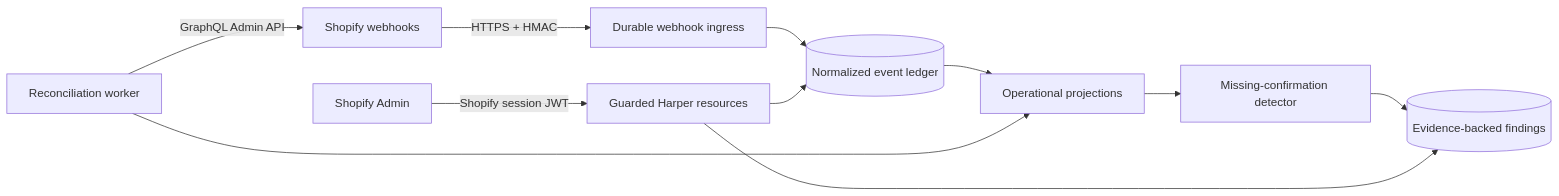
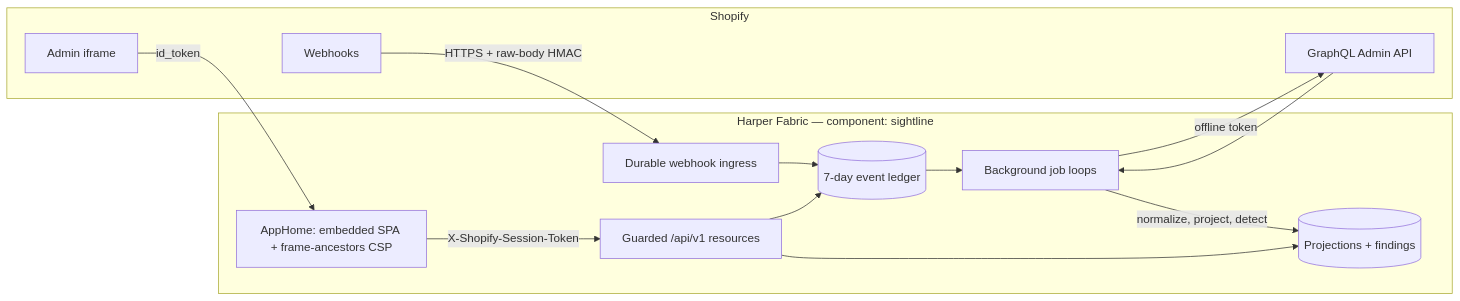
The diagram in README.md (HarperFast/harper-sightline), drawn with Mermaid before and after one commit. The commit also changed other lines of this file and 31 other files, not shown here.

````diff
--- a/README.md
+++ b/README.md
@@ -50,13 +61,26 @@
 ```mermaid
 flowchart LR
-    Admin[Shopify Admin] -->|Shopify session JWT| API[Guarded Harper resources]
-    Shopify[Shopify webhooks] -->|HTTPS + HMAC| Ingress[Durable webhook ingress]
-    Ingress --> Events[(Normalized event ledger)]
-    Events --> Projection[Operational projections]
-    Projection --> Detector[Missing-confirmation detector]
-    Detector --> Findings[(Evidence-backed findings)]
-    Reconcile[Reconciliation worker] -->|GraphQL Admin API| Shopify
-    Reconcile --> Projection
-    API --> Events
-    API --> Findings
+    subgraph shopify[Shopify]
+        Admin[Admin iframe]
+        Hooks[Webhooks]
+        AdminAPI[GraphQL Admin API]
+    end
+    subgraph harper["Harper Fabric — component: sightline"]
+        SPA["AppHome: embedded SPA + frame-ancestors CSP"]
+        API["Guarded /api/v1 resources"]
+        Ingress["Durable webhook ingress"]
+        Jobs["Background job loops"]
+        Ledger[("7-day event ledger")]
+        State[("Projections + findings")]
+    end
+    Admin -->|"id_token"| SPA
+    SPA -->|"X-Shopify-Session-Token"| API
+    Hooks -->|"HTTPS + raw-body HMAC"| Ingress
+    Ingress --> Ledger
+    Ledger --> Jobs
+    Jobs -->|"normalize, project, detect"| State
+    Jobs -->|"offline token"| AdminAPI
+    AdminAPI --> Jobs
+    API --> Ledger
+    API --> State
 ```
````
